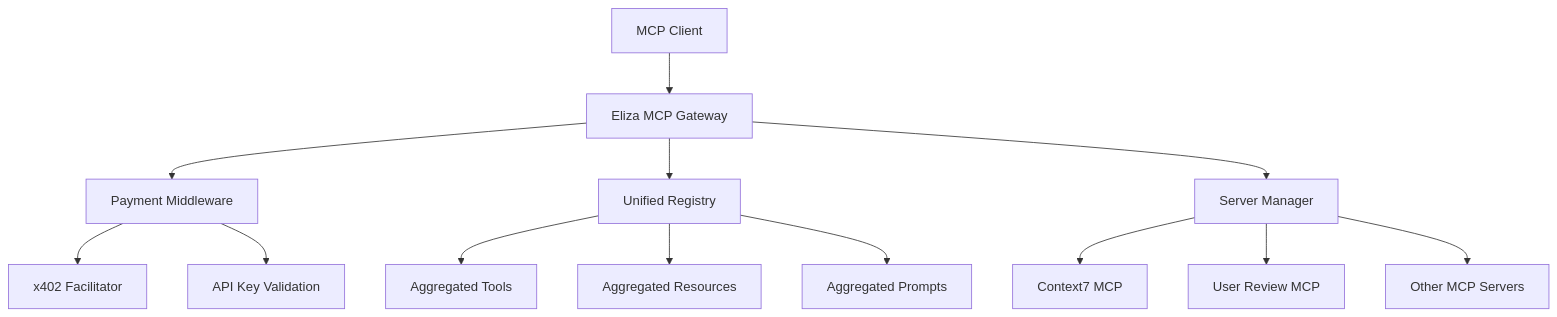
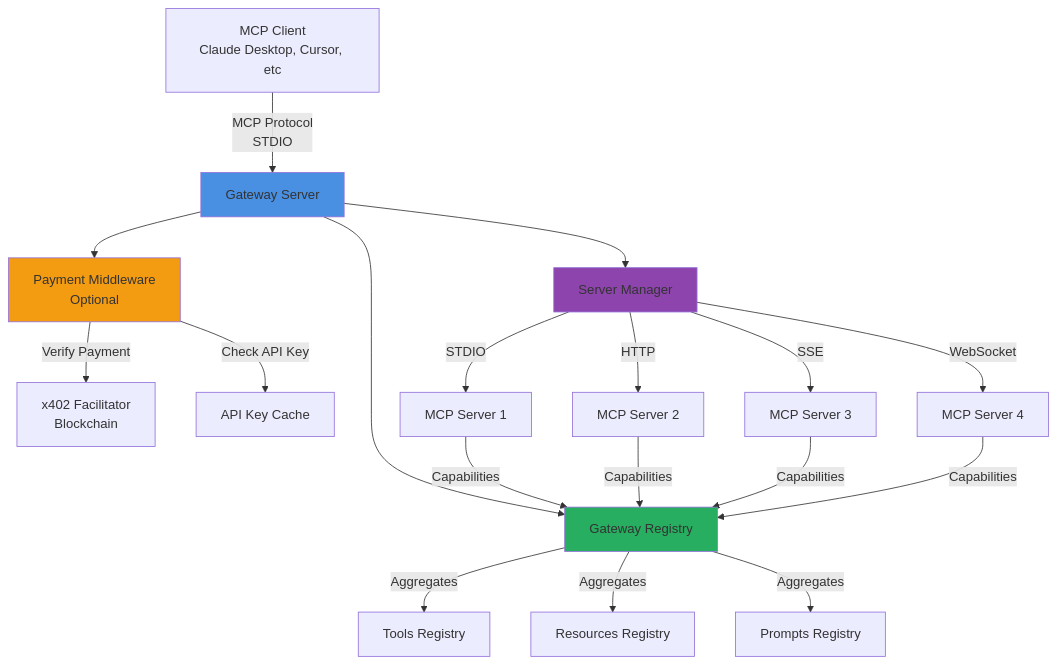
The first of 2 diagrams in README.md (elizaOS/mcp-gateway), drawn with Mermaid before and after one commit. The commit also changed other lines of this file, not shown here.

Commit message:
Update architecture section in README
Expanded the architecture documentation with high-level diagrams and a detailed request flow using Mermaid syntax. Clarifies component interactions and payment verification steps for better developer understanding.

````diff
--- a/README.md
+++ b/README.md
@@ -435,18 +437,27 @@
 ```mermaid
 graph TB
-    Client[MCP Client] --> Gateway[Eliza MCP Gateway]
-    Gateway --> Payment[Payment Middleware]
-    Gateway --> Registry[Unified Registry]
-    Gateway --> Manager[Server Manager]
+    Client[MCP Client<br/>Claude Desktop, Cursor, etc] -->|MCP Protocol<br/>STDIO| Gateway[Gateway Server]
 
-    Payment --> x402[x402 Facilitator]
-    Payment --> APIKeys[API Key Validation]
+    Gateway --> PM[Payment Middleware<br/>Optional]
+    Gateway --> Registry[Gateway Registry]
+    Gateway --> SM[Server Manager]
 
-    Manager --> Server1[Context7 MCP]
-    Manager --> Server2[User Review MCP]
-    Manager --> Server3[Other MCP Servers]
+    PM -->|Verify Payment| x402[x402 Facilitator<br/>Blockchain]
+    PM -->|Check API Key| Cache[API Key Cache]
 
-    Registry --> Tools[Aggregated Tools]
-    Registry --> Resources[Aggregated Resources]
-    Registry --> Prompts[Aggregated Prompts]
+    SM -->|STDIO| S1[MCP Server 1]
+    SM -->|HTTP| S2[MCP Server 2]
+    SM -->|SSE| S3[MCP Server 3]
+    SM -->|WebSocket| S4[MCP Server 4]
+
+    Registry -->|Aggregates| Tools[Tools Registry]
+    Registry -->|Aggregates| Resources[Resources Registry]
+    Registry -->|Aggregates| Prompts[Prompts Registry]
+
+    S1 & S2 & S3 & S4 -->|Capabilities| Registry
+
+    style Gateway fill:#4A90E2
+    style PM fill:#F39C12
+    style Registry fill:#27AE60
+    style SM fill:#8E44AD
 ```
````
